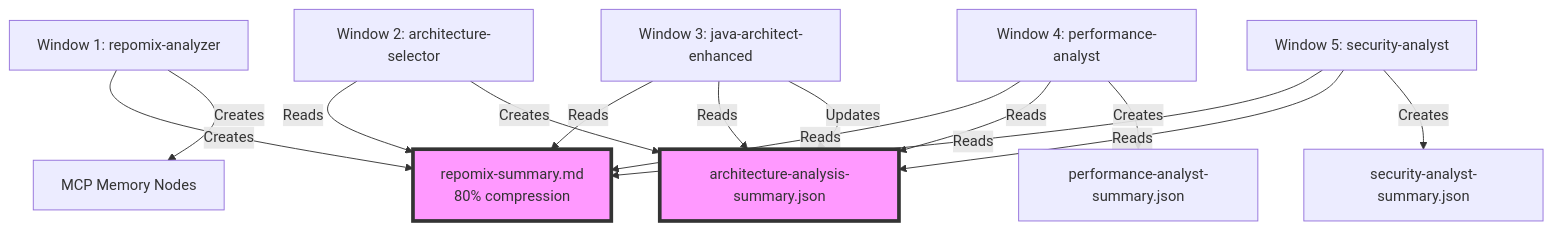
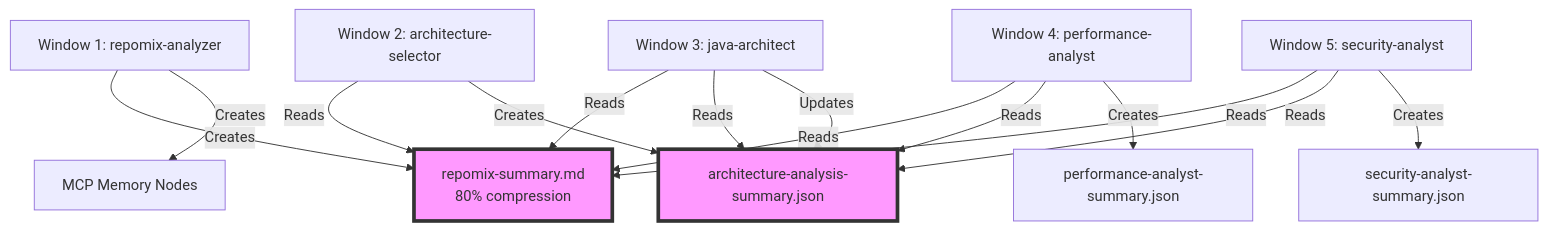
The diagram in framework/docs/MULTI_WINDOW_OPTIMIZATION.md (jpount/doc-diagram-gen), drawn with Mermaid before and after one commit. The commit also changed other lines of this file and 17 other files, not shown here.

````diff
--- a/framework/docs/MULTI_WINDOW_OPTIMIZATION.md
+++ b/framework/docs/MULTI_WINDOW_OPTIMIZATION.md
@@ -8,23 +8,23 @@
 ```mermaid
 graph TD
     A[Window 1: repomix-analyzer] -->|Creates| B[repomix-summary.md<br/>80% compression]
     A -->|Creates| C[MCP Memory Nodes]
     
     D[Window 2: architecture-selector] -->|Reads| B
     D -->|Creates| E[architecture-analysis-summary.json]
     
-    F[Window 3: java-architect-enhanced] -->|Reads| B
+    F[Window 3: java-architect] -->|Reads| B
     F -->|Reads| E
     F -->|Updates| E
     
     G[Window 4: performance-analyst] -->|Reads| B
     G -->|Reads| E
     G -->|Creates| H[performance-analyst-summary.json]
     
     I[Window 5: security-analyst] -->|Reads| B
     I -->|Reads| E
     I -->|Creates| J[security-analyst-summary.json]
     
     style B fill:#f9f,stroke:#333,stroke-width:4px
     style E fill:#f9f,stroke:#333,stroke-width:4px
 ```
````
